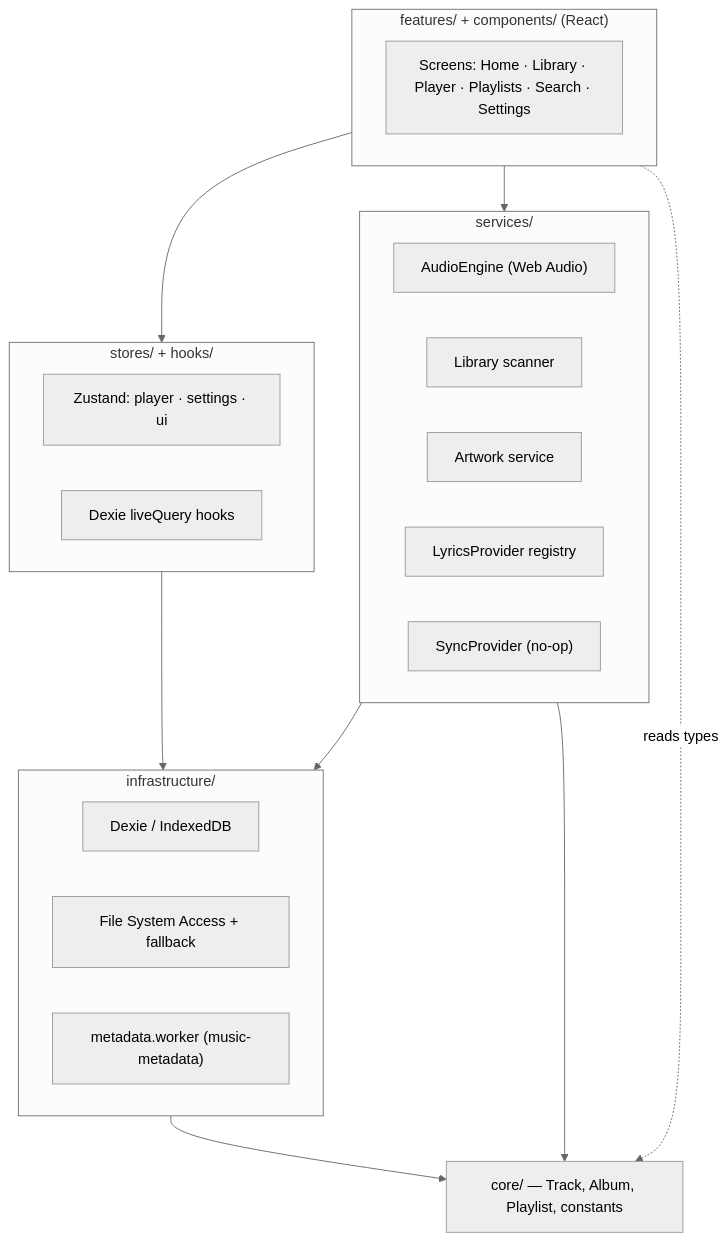
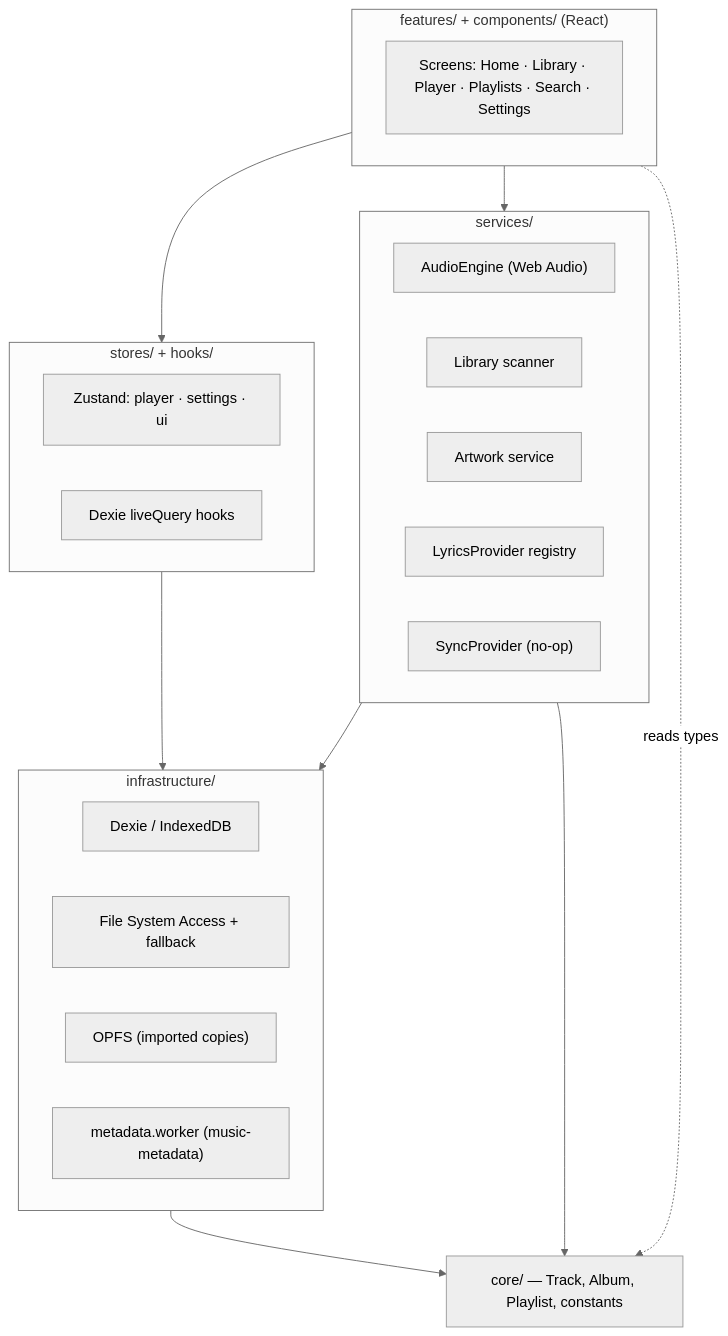
One commit to mamueljr/Aura-music changed the first of 3 diagrams in docs/ARCHITECTURE.md. Above: the diagram before and after it, drawn with Mermaid (neutral theme). The commit also changed other lines of this file and 3 other files, not shown here.

Commit message:
docs: sync README, architecture and roadmap with v0.2 features

````diff
--- a/docs/ARCHITECTURE.md
+++ b/docs/ARCHITECTURE.md
@@ -7,31 +7,32 @@
 ```mermaid
 flowchart TB
     subgraph UI["features/ + components/ (React)"]
         Screens["Screens: Home · Library · Player · Playlists · Search · Settings"]
     end
     subgraph State["stores/ + hooks/"]
         Zustand["Zustand: player · settings · ui"]
         Live["Dexie liveQuery hooks"]
     end
     subgraph Services["services/"]
         Engine["AudioEngine (Web Audio)"]
         Scanner["Library scanner"]
         Artwork["Artwork service"]
         Lyrics["LyricsProvider registry"]
         Sync["SyncProvider (no-op)"]
     end
     subgraph Infra["infrastructure/"]
         Dexie["Dexie / IndexedDB"]
         FS["File System Access + fallback"]
+        OPFS["OPFS (imported copies)"]
         Worker["metadata.worker (music-metadata)"]
     end
     Core["core/ — Track, Album, Playlist, constants"]
 
     UI --> State
     UI --> Services
     State --> Infra
     Services --> Infra
     Services --> Core
     Infra --> Core
     UI -.reads types.-> Core
 ```
````
